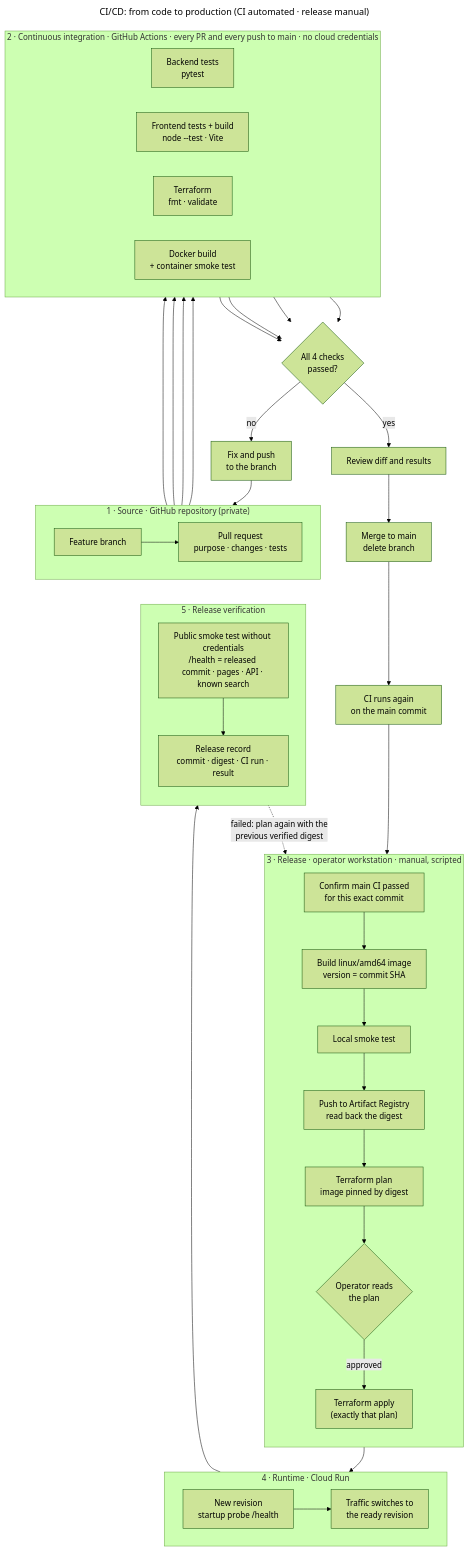
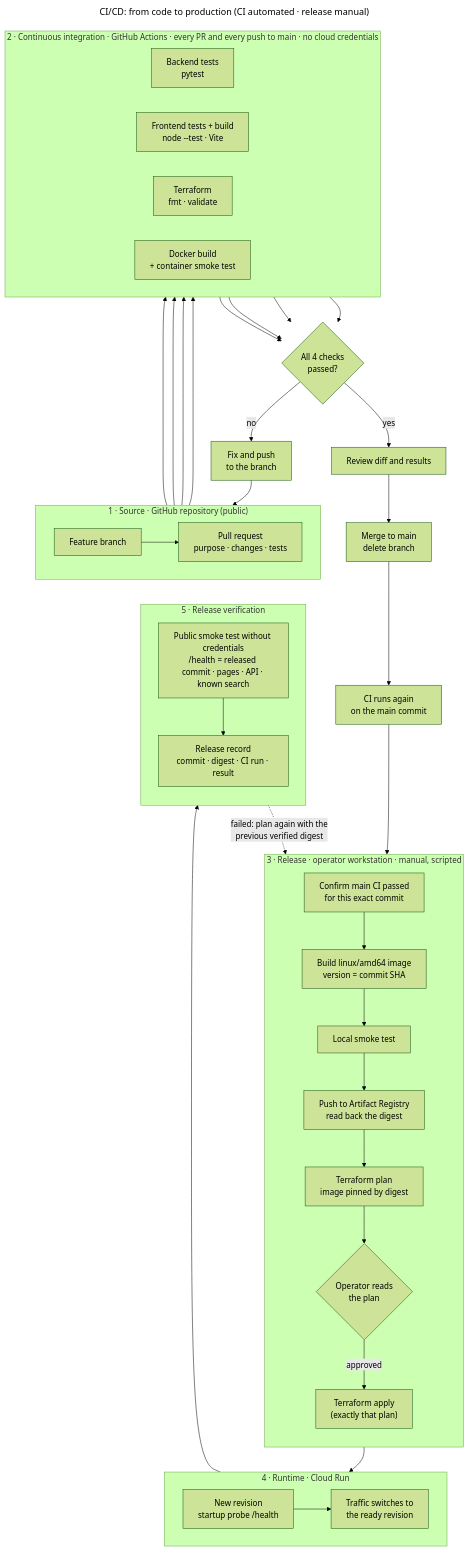
Before and after one commit to show20130831/SixDegrees: the diagram in docs/diagrams/src/3-ci-cd-flow.mmd, drawn with Mermaid (forest theme). The commit also changed 5 other files, not shown here.

First line of the commit message:
Describe the GitHub repository as public

```diff
--- a/docs/diagrams/src/3-ci-cd-flow.mmd
+++ b/docs/diagrams/src/3-ci-cd-flow.mmd
@@ -1,55 +1,55 @@
 ---
 title: "CI/CD: from code to production (CI automated · release manual)"
 ---
 flowchart TB
-    subgraph SRC["1 · Source · GitHub repository (private)"]
+    subgraph SRC["1 · Source · GitHub repository (public)"]
         direction LR
         branch["Feature branch"] --> pr["Pull request<br/>purpose · changes · tests"]
     end
 
     subgraph CI["2 · Continuous integration · GitHub Actions · every PR and every push to main · no cloud credentials"]
         direction LR
         be["Backend tests<br/>pytest"]
         fe["Frontend tests + build<br/>node --test · Vite"]
         tfv["Terraform<br/>fmt · validate"]
         dk["Docker build<br/>+ container smoke test"]
     end
 
     pr --> be & fe & tfv & dk
     be & fe & tfv & dk --> gate{"All 4 checks<br/>passed?"}
     gate -- "no" --> fix["Fix and push<br/>to the branch"] --> pr
     gate -- "yes" --> review["Review diff and results"]
     review --> merge["Merge to main<br/>delete branch"]
     merge --> mainci["CI runs again<br/>on the main commit"]
 
     subgraph REL["3 · Release · operator workstation · manual, scripted"]
         direction TB
         confirm["Confirm main CI passed<br/>for this exact commit"]
         build["Build linux/amd64 image<br/>version = commit SHA"]
         smoke["Local smoke test"]
         push["Push to Artifact Registry<br/>read back the digest"]
         plan["Terraform plan<br/>image pinned by digest"]
         approve{"Operator reads<br/>the plan"}
         apply["Terraform apply<br/>(exactly that plan)"]
         confirm --> build --> smoke --> push --> plan --> approve
         approve -- "approved" --> apply
     end
 
     mainci --> confirm
 
     subgraph RUN["4 · Runtime · Cloud Run"]
         direction LR
         rev["New revision<br/>startup probe /health"] --> traffic["Traffic switches to<br/>the ready revision"]
     end
 
     apply --> rev
 
     subgraph VER["5 · Release verification"]
         direction TB
         verify["Public smoke test without credentials<br/>/health = released commit · pages · API · known search"]
         record["Release record<br/>commit · digest · CI run · result"]
         verify --> record
     end
 
     traffic --> verify
     verify -. "failed: plan again with the<br/>previous verified digest" .-> plan
```
